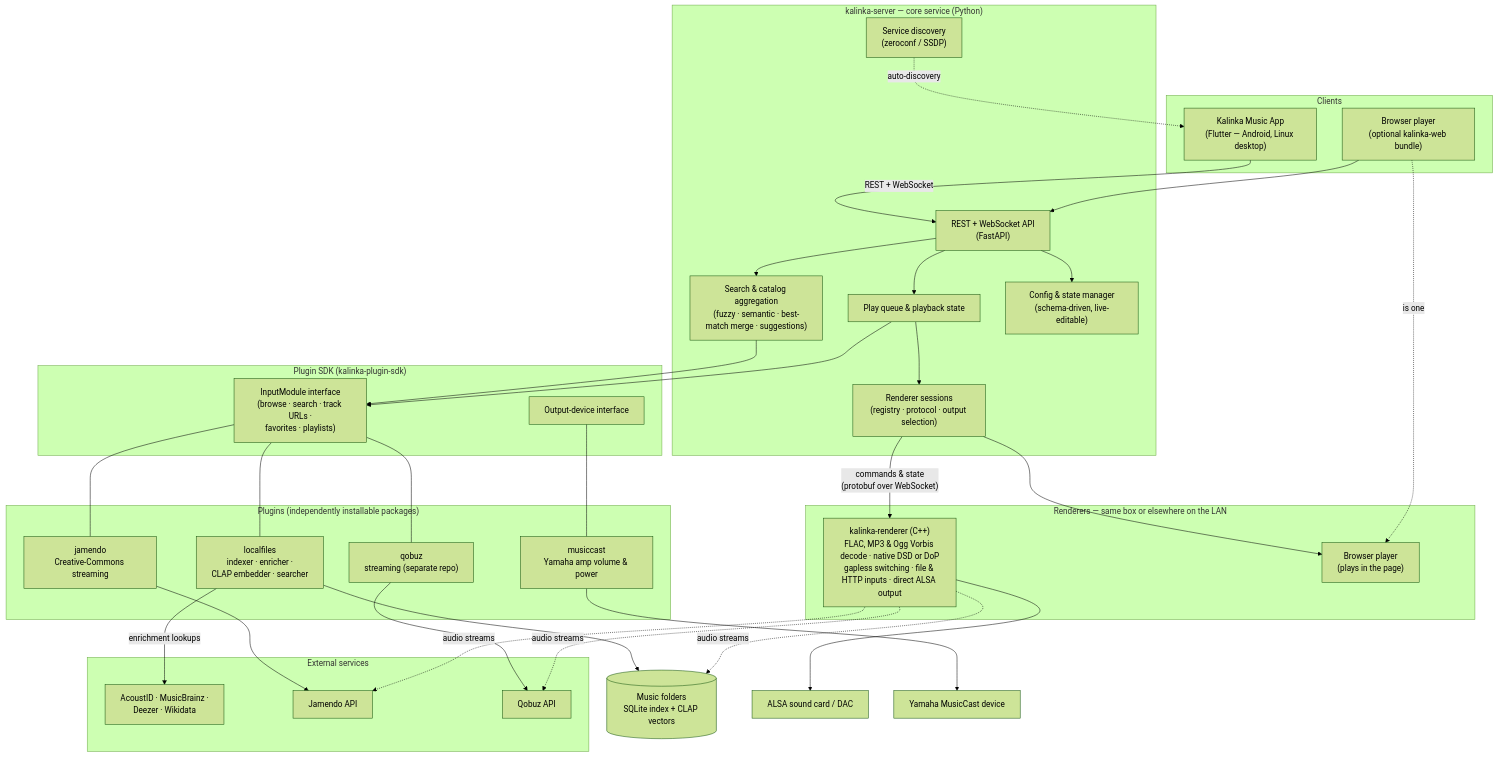
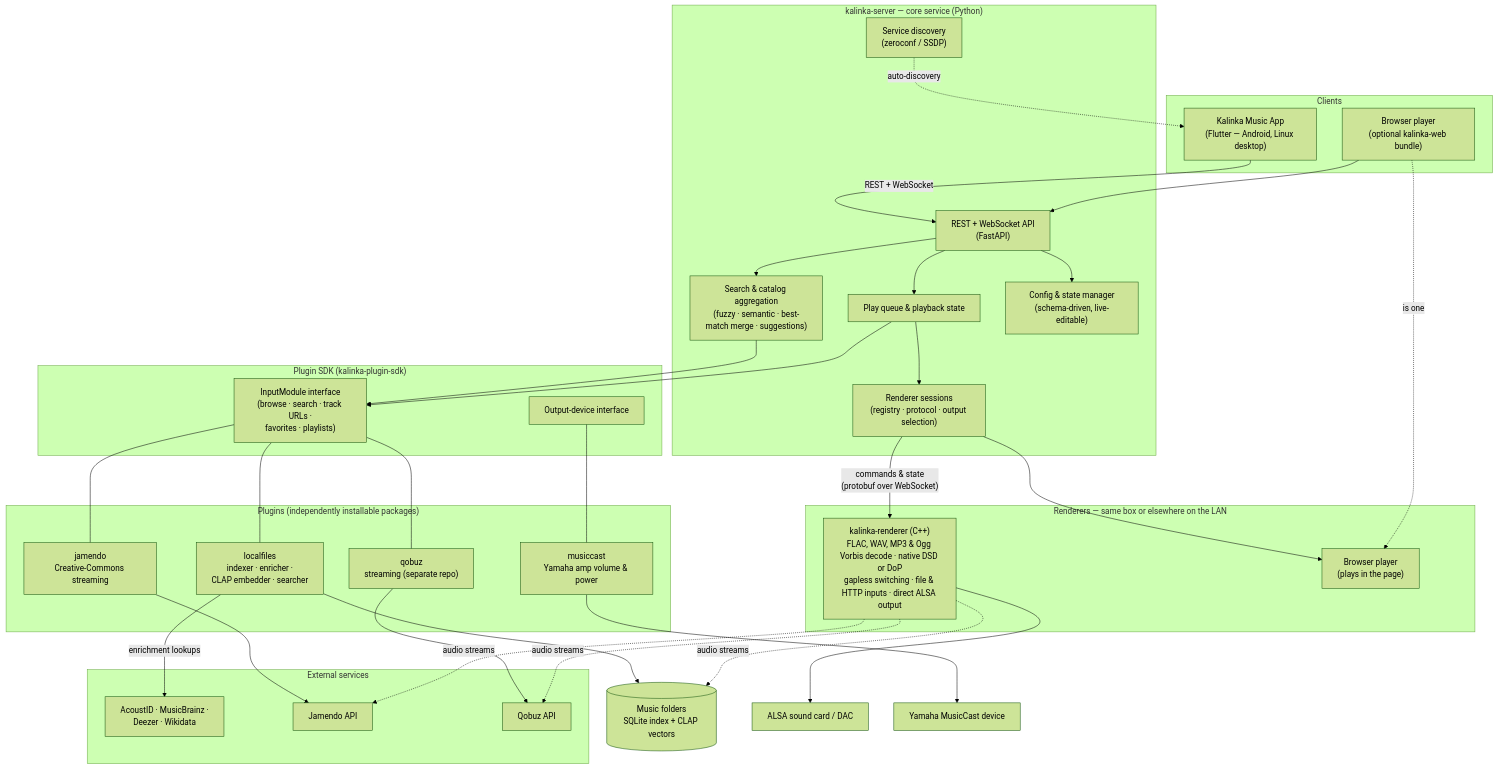
One commit to Kalinka-Player/KalinkaPlayer changed the diagram in docs/what-is-kalinka.md. Above: the diagram before and after it, drawn with Mermaid (forest theme). The commit also changed other lines of this file and 1 other file, not shown here.

First line of the commit message:
Name WAV where the docs list the renderer's formats

````diff
--- a/docs/what-is-kalinka.md
+++ b/docs/what-is-kalinka.md
@@ -52,72 +52,72 @@
 ```mermaid
 flowchart TD
     subgraph CLIENTS["Clients"]
         APP["Kalinka Music App<br/>(Flutter — Android, Linux desktop)"]
         WEB["Browser player<br/>(optional kalinka-web bundle)"]
     end
 
     subgraph CORE["kalinka-server — core service (Python)"]
         API["REST + WebSocket API<br/>(FastAPI)"]
         DISC["Service discovery<br/>(zeroconf / SSDP)"]
         QUEUE["Play queue &amp; playback state"]
         SEARCH["Search &amp; catalog aggregation<br/>(fuzzy · semantic · best-match merge · suggestions)"]
         CONF["Config &amp; state manager<br/>(schema-driven, live-editable)"]
         RSESS["Renderer sessions<br/>(registry · protocol · output selection)"]
     end
 
     subgraph RENDERERS["Renderers — same box or elsewhere on the LAN"]
-        NATIVE["kalinka-renderer (C++)<br/>FLAC, MP3 &amp; Ogg Vorbis decode · native DSD or DoP<br/>gapless switching · file &amp; HTTP inputs · direct ALSA output"]
+        NATIVE["kalinka-renderer (C++)<br/>FLAC, WAV, MP3 &amp; Ogg Vorbis decode · native DSD or DoP<br/>gapless switching · file &amp; HTTP inputs · direct ALSA output"]
         BROWSER["Browser player<br/>(plays in the page)"]
     end
 
     subgraph SDK["Plugin SDK (kalinka-plugin-sdk)"]
         IM["InputModule interface<br/>(browse · search · track URLs ·<br/>favorites · playlists)"]
         OD["Output-device interface"]
     end
 
     subgraph PLUGINS["Plugins (independently installable packages)"]
         LF["localfiles<br/>indexer · enricher ·<br/>CLAP embedder · searcher"]
         JAM["jamendo<br/>Creative-Commons streaming"]
         QOB["qobuz<br/>streaming (separate repo)"]
         MC["musiccast<br/>Yamaha amp volume &amp; power"]
     end
 
     subgraph EXT["External services"]
         META["AcoustID · MusicBrainz ·<br/>Deezer · Wikidata"]
         JAPI["Jamendo API"]
         QAPI["Qobuz API"]
     end
 
     FILES[("Music folders<br/>SQLite index + CLAP vectors")]
     DAC["ALSA sound card / DAC"]
     AMP["Yamaha MusicCast device"]
 
     APP -->|"REST + WebSocket"| API
     WEB --> API
     DISC -.->|"auto-discovery"| APP
 
     API --> QUEUE
     API --> SEARCH
     API --> CONF
     QUEUE --> RSESS
     RSESS -->|"commands &amp; state<br/>(protobuf over WebSocket)"| NATIVE
     RSESS --> BROWSER
     WEB -.->|"is one"| BROWSER
     NATIVE --> DAC
 
     SEARCH --> IM
     QUEUE --> IM
     IM --- LF
     IM --- JAM
     IM --- QOB
     OD --- MC
 
     LF --> FILES
     LF -->|"enrichment lookups"| META
     JAM --> JAPI
     QOB --> QAPI
     NATIVE -.->|"audio streams"| FILES
     NATIVE -.->|"audio streams"| JAPI
     NATIVE -.->|"audio streams"| QAPI
     MC --> AMP
 ```
````
